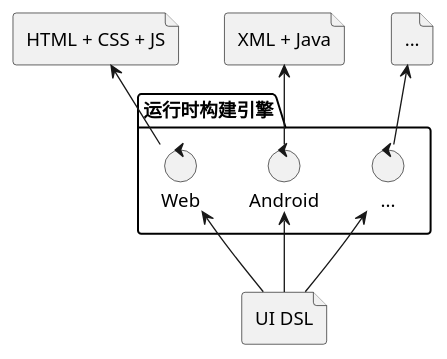
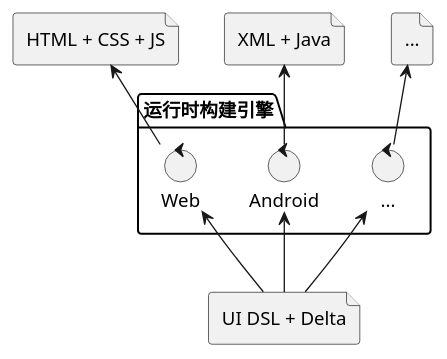
One commit to crazydan-studio/duzhou.crazydan.io changed the first of 2 diagrams in docs/100.development/200.framework/400.ui/100.design.md. Above: the diagram before and after it, drawn with PlantUML. The commit also changed other lines of this file and 1 other file, not shown here.

Commit message:
Docs: 更新《差量化 UI》

````diff
--- a/docs/100.development/200.framework/400.ui/100.design.md
+++ b/docs/100.development/200.framework/400.ui/100.design.md
@@ -20,24 +20,24 @@
 ```plantuml
 @startuml
-file ui_dsl as "UI DSL"
+file ui_dsl as "UI DSL + Delta"
 
 file web_dsl as "HTML + CSS + JS"
 file android_dsl as "XML + Java"
 file other_dsl as "..."
 
 package "运行时构建引擎" {
   control runtime_web as "Web"
   control runtime_android as "Android"
   control runtime_other as "..."
 }
 
 ui_dsl -up-> runtime_other
 ui_dsl -up-> runtime_android
 ui_dsl -up-> runtime_web
 
 runtime_other -up-> other_dsl
 runtime_android -up-> android_dsl
 runtime_web -up-> web_dsl
 
 @enduml
 ```
````
